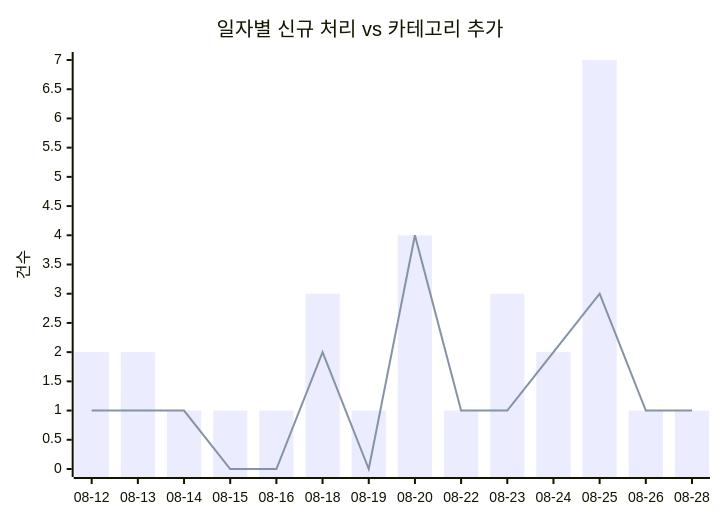
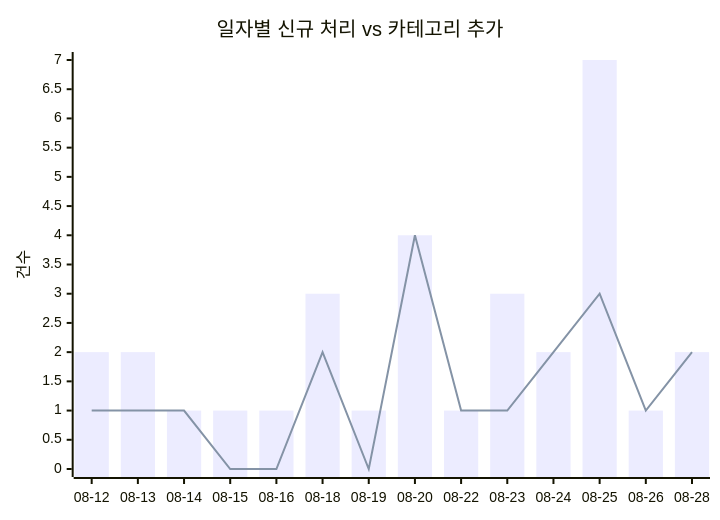
One commit to J-nowcow/awesome-korean-agent-skills changed the first of 2 diagrams in docs/trends.md. Above: the diagram before and after it, drawn with Mermaid. The commit also changed other lines of this file and 3 other files, not shown here.

````diff
--- a/docs/trends.md
+++ b/docs/trends.md
@@ -32,8 +32,8 @@
 ```mermaid
 xychart-beta
     title "일자별 신규 처리 vs 카테고리 추가"
     x-axis ["08-12","08-13","08-14","08-15","08-16","08-18","08-19","08-20","08-22","08-23","08-24","08-25","08-26","08-28"]
     y-axis "건수"
-    bar [2,2,1,1,1,3,1,4,1,3,2,7,1,1]
-    line [1,1,1,0,0,2,0,4,1,1,2,3,1,1]
+    bar [2,2,1,1,1,3,1,4,1,3,2,7,1,2]
+    line [1,1,1,0,0,2,0,4,1,1,2,3,1,2]
 ```
````
